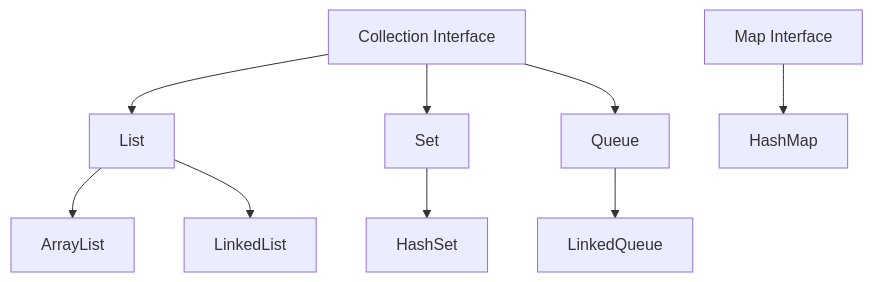
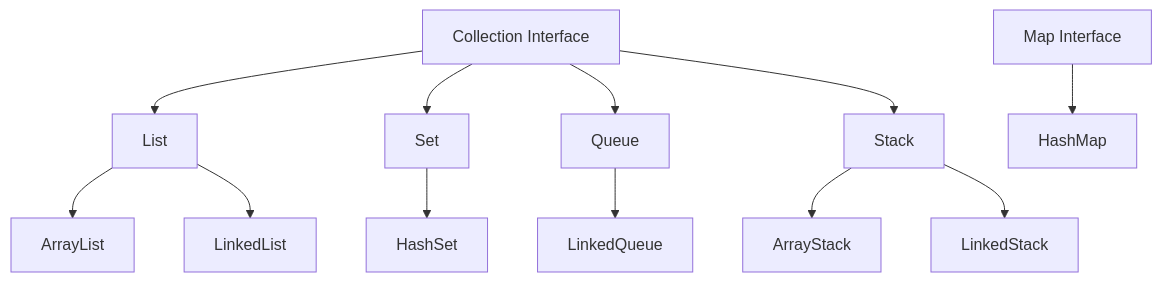
Before and after one commit to Karelaking/ts-collections: the diagram in README.md, drawn with Mermaid. The commit also changed other lines of this file and 78 other files, not shown here.

Commit message:
feat: add ArrayStack implementation and search method to Stack

````diff
--- a/README.md
+++ b/README.md
@@ -132,11 +135,14 @@
 ```mermaid
 graph TD
     A[Collection Interface] --> B[List]
     A --> C[Set]
     A --> D[Queue]
+    A --> K[Stack]
     E[Map Interface] --> F[HashMap]
     B --> G[ArrayList]
     B --> H[LinkedList]
     C --> I[HashSet]
     D --> J[LinkedQueue]
+    K --> L[ArrayStack]
+    K --> M[LinkedStack]
 ```
````
